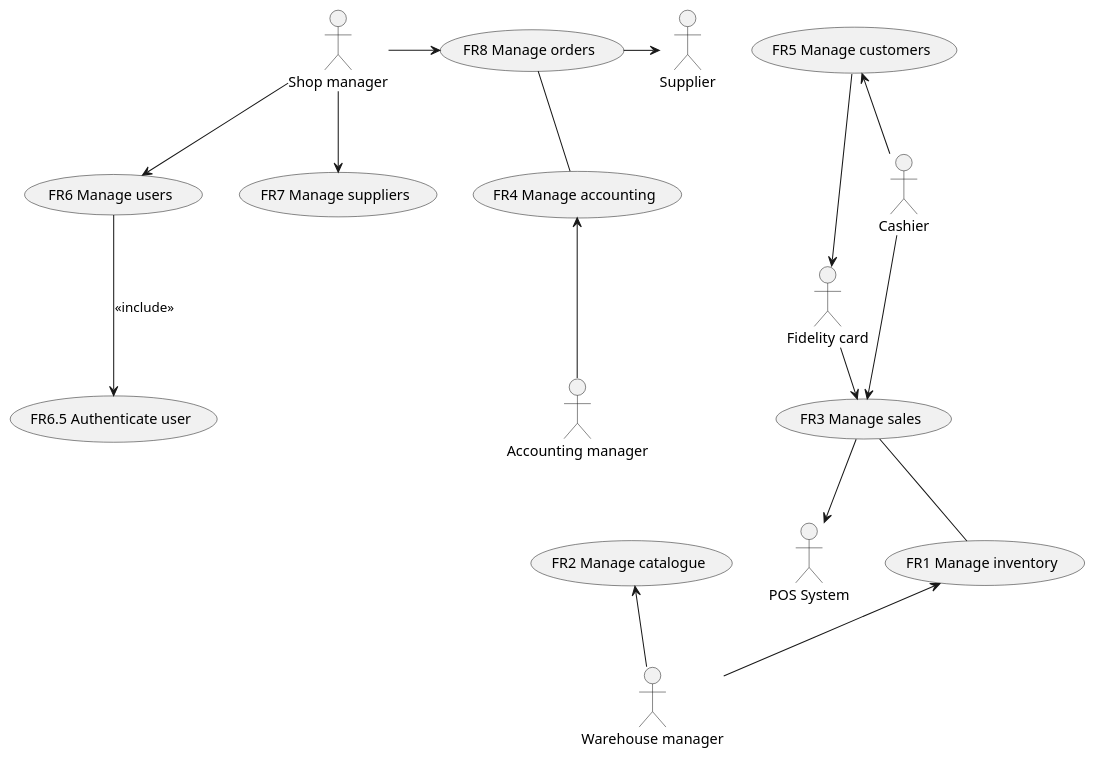
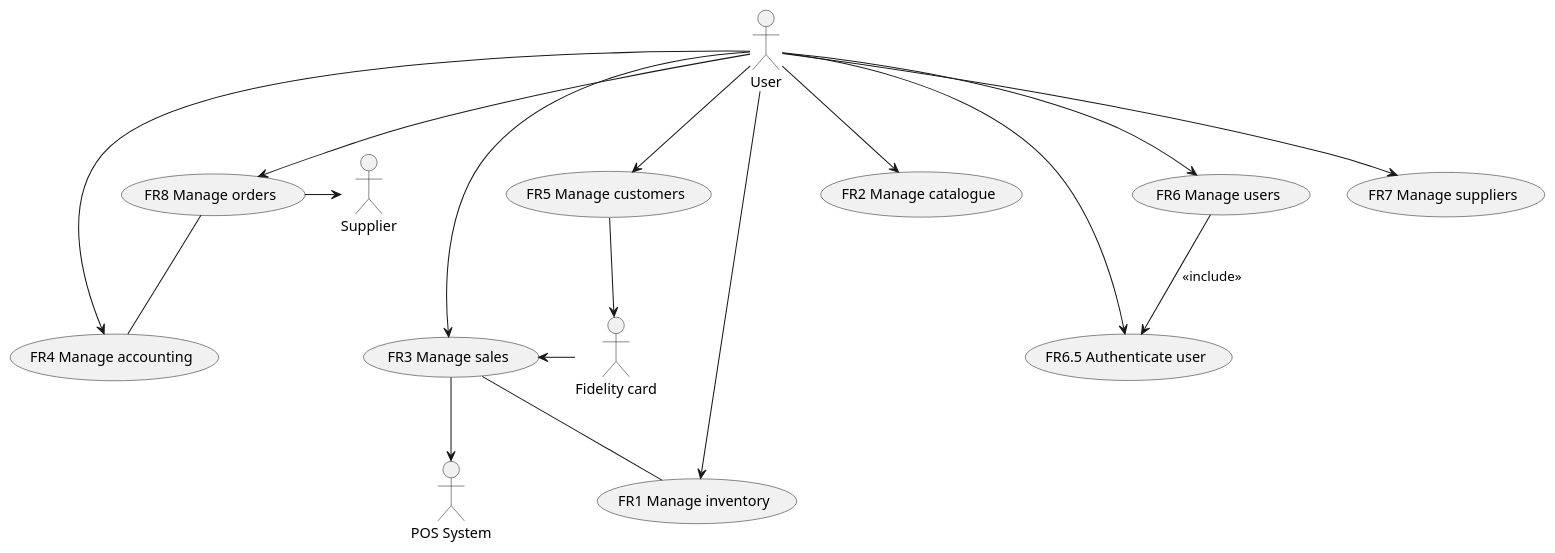
Before and after one commit to BMike10/EzShop: the second of 5 diagrams in Deliverables/RequirementsDocument.md, drawn with PlantUML. The commit also changed other lines of this file, not shown here.

Commit message:
doc: added variants

```diff
--- a/Deliverables/RequirementsDocument.md
+++ b/Deliverables/RequirementsDocument.md
@@ -224,50 +228,64 @@
 	@startuml usecase_diagram
-		' actors
-		actor :Shop manager: as sm
-		actor :Cashier: as cr
-		actor :Accounting manager: as am
-		actor :Warehouse manager: as wm
-		actor :Supplier: as s
-		actor :POS System: as ccs
-		actor :Fidelity card: as fc
 		' use cases
 		usecase "FR1 Manage inventory" as mi
 		usecase "FR2 Manage catalogue" as mca
 		usecase "FR3 Manage sales" as ms
 		usecase "FR4 Manage accounting" as ma
 		usecase "FR5 Manage customers" as mc
 		usecase "FR6 Manage users" as mu
 		usecase "FR7 Manage suppliers" as msu
 		usecase "FR8 Manage orders" as mo
-		usecase "FR6.5 Authenticate user" as mua		
+		usecase "FR6.5 Authenticate user" as mua	
+
+		' actors
+		actor :Supplier: as s
+		actor :POS System: as ccs
+		actor :Fidelity card: as fc	
+
+		' actor :Shop manager: as sm
+		' actor :Cashier: as cr
+		' actor :Accounting manager: as am
+		' actor :Warehouse manager: as wm
+		' variant with only the end user
+		actor :User: as u
+		u --> mi
+		u --> mca
+		u --> ms
+		u --> ma
+		u --> mc
+		u --> mu
+		u --> msu
+		u --> mo
+		u --> mua
 
 		' associations
 		mu --> mua: <<include>>
 		ms -- mi
 		mo -- ma
 		' shop manager 
-		sm --> mu
-		' sm --> ma
-		' sm --> mi
-		' sm --> mc
-		' sm --> ms
-		sm --> msu
-		sm -> mo
-		' sm --> mca
-		' accounting manager
-		ma <-- am
-		' cashier
-		' mi <-- cr
-		cr --> ms
-		mc <-- cr
+		' sm --> mu
+		' ' sm --> ma
+		' ' sm --> mi
+		' ' sm --> mc
+		' ' sm --> ms
+		' sm --> msu
+		' sm -> mo
+		' ' sm --> mca
+		' ' accounting manager
+		' ma <-- am
+		' ' cashier
+		' ' mi <-- cr
+		' cr --> ms
+		' mc <-- cr
+		' ' warehouse manager
+		' mi <-- wm
+		' mca <-- wm
+		
 		' POS system
 		ms --> ccs
-		' warehouse manager
-		mi <-- wm
-		mca <-- wm
 		' supplier 
 		mo -> s
 		' fidelity card
 		fc -> ms
 		mc --> fc
 	@enduml
```
